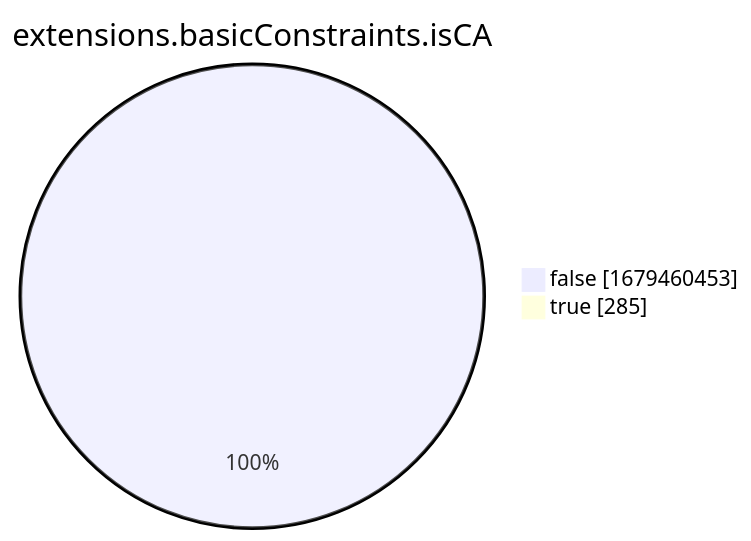
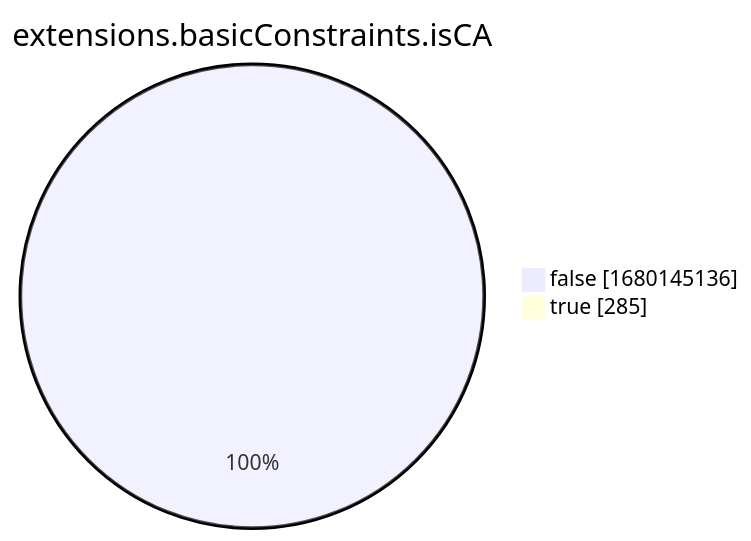
The eighth of 15 diagrams in xenon2022/README.md (christiankrug/ctmonitor_visualization), drawn with Mermaid before and after one commit. The commit also changed other lines of this file, not shown here.

````diff
--- a/xenon2022/README.md
+++ b/xenon2022/README.md
@@ -2865,6 +2865,6 @@
 ```mermaid
 pie showData
 title extensions.basicConstraints.isCA
-"false" :1679460453
+"false" :1680145136
 "true" :285
 ```
````
